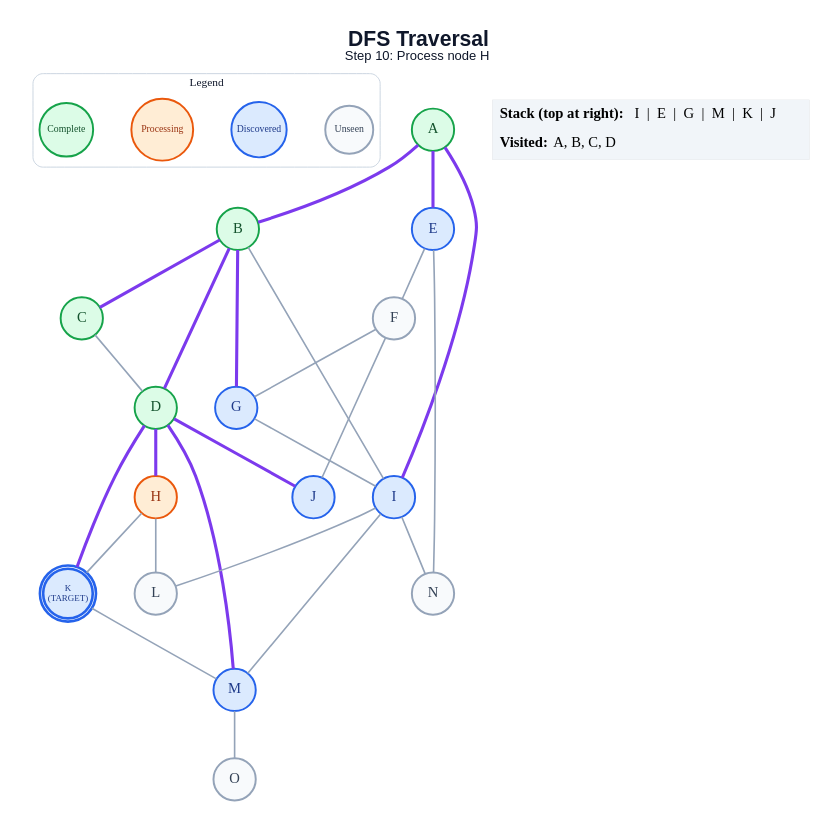
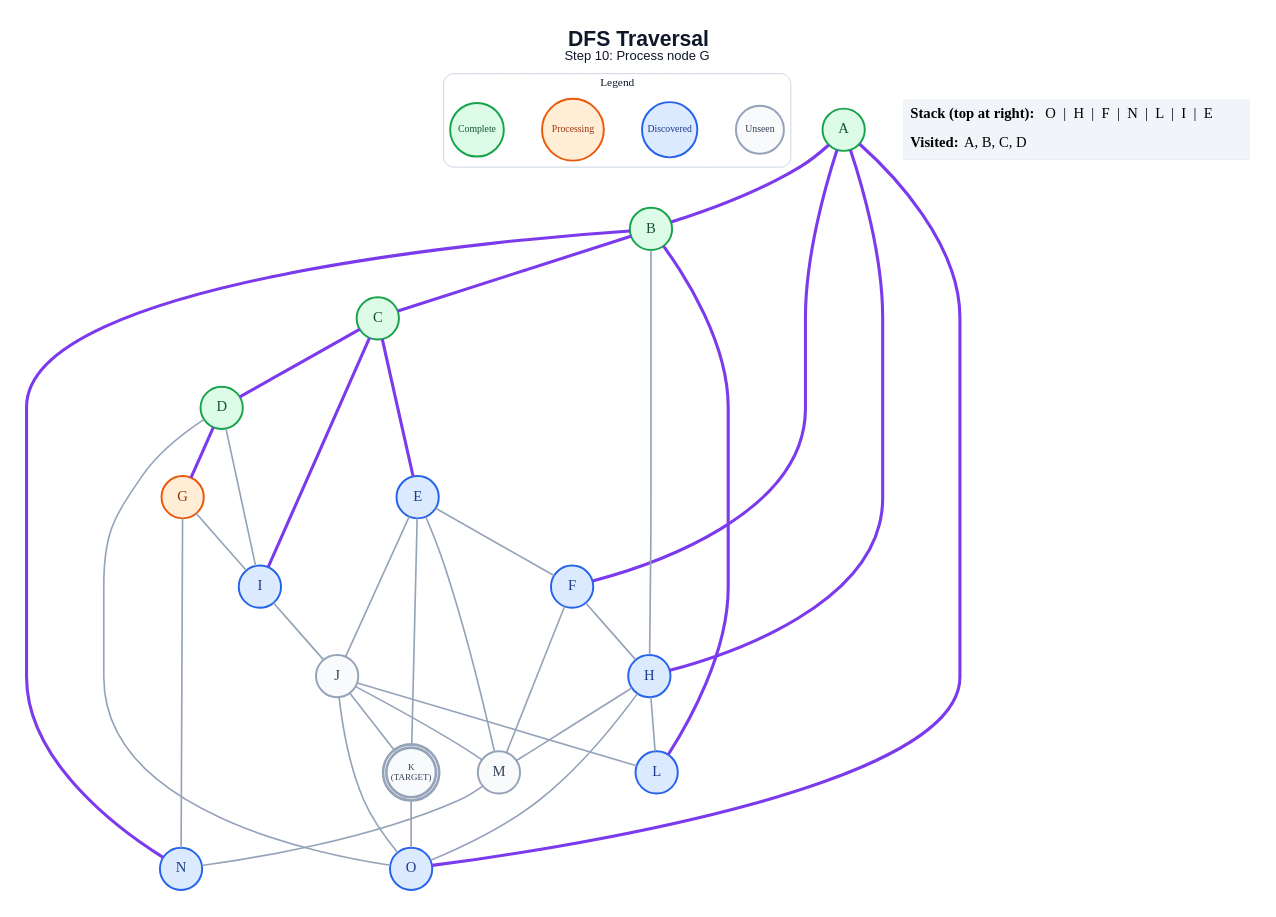
Before and after one commit to anon7238593-create/ai-slop: the diagram in generated/specific-node/dfs/step_10.dot, drawn with Graphviz. The commit also changed 269 other files, not shown here.

```diff
--- a/generated/specific-node/dfs/step_10.dot
+++ b/generated/specific-node/dfs/step_10.dot
@@ -1,58 +1,66 @@
 graph traversal {
   graph [layout=dot, rankdir=TB, bgcolor="#FFFFFF", pad="0.35", nodesep="0.65", ranksep="0.8", fontname="Arial"];
   node [shape=circle, style="filled", fontname="Arial Bold", fontsize=18, width=0.72, fixedsize=true, penwidth=2.4];
   edge [color="#94A3B8", penwidth=2.0];
-  label=<<B>DFS Traversal</B><BR/><FONT POINT-SIZE="16">Step 10: Process node H</FONT>>; labelloc="t"; fontsize=26; fontname="Arial"; fontcolor="#0F172A";
+  label=<<B>DFS Traversal</B><BR/><FONT POINT-SIZE="16">Step 10: Process node G</FONT>>; labelloc="t"; fontsize=26; fontname="Arial"; fontcolor="#0F172A";
   subgraph cluster_legend { label="Legend"; color="#CBD5E1"; penwidth=1.2; style="rounded"; fontsize=14; fontname="Arial Bold";
     key_unseen [label="Unseen", fillcolor="#F8FAFC", color="#94A3B8", fontcolor="#334155", fontsize=12, width=0.82];
     key_frontier [label="Discovered", fillcolor="#DBEAFE", color="#2563EB", fontcolor="#1E3A8A", fontsize=12, width=0.95];
     key_current [label="Processing", fillcolor="#FFEDD5", color="#EA580C", fontcolor="#9A3412", fontsize=12, width=1.05];
     key_done [label="Complete", fillcolor="#DCFCE7", color="#16A34A", fontcolor="#14532D", fontsize=12, width=0.92];
     { rank=same; key_unseen; key_frontier; key_current; key_done; }
   }
   A [label="A", fillcolor="#DCFCE7", color="#16A34A", fontcolor="#14532D", peripheries=1, penwidth=2.4];
   B [label="B", fillcolor="#DCFCE7", color="#16A34A", fontcolor="#14532D", peripheries=1, penwidth=2.4];
   C [label="C", fillcolor="#DCFCE7", color="#16A34A", fontcolor="#14532D", peripheries=1, penwidth=2.4];
   D [label="D", fillcolor="#DCFCE7", color="#16A34A", fontcolor="#14532D", peripheries=1, penwidth=2.4];
   E [label="E", fillcolor="#DBEAFE", color="#2563EB", fontcolor="#1E3A8A", peripheries=1, penwidth=2.4];
-  F [label="F", fillcolor="#F8FAFC", color="#94A3B8", fontcolor="#334155", peripheries=1, penwidth=2.4];
-  G [label="G", fillcolor="#DBEAFE", color="#2563EB", fontcolor="#1E3A8A", peripheries=1, penwidth=2.4];
-  H [label="H", fillcolor="#FFEDD5", color="#EA580C", fontcolor="#9A3412", peripheries=1, penwidth=2.4];
+  F [label="F", fillcolor="#DBEAFE", color="#2563EB", fontcolor="#1E3A8A", peripheries=1, penwidth=2.4];
+  G [label="G", fillcolor="#FFEDD5", color="#EA580C", fontcolor="#9A3412", peripheries=1, penwidth=2.4];
+  H [label="H", fillcolor="#DBEAFE", color="#2563EB", fontcolor="#1E3A8A", peripheries=1, penwidth=2.4];
   I [label="I", fillcolor="#DBEAFE", color="#2563EB", fontcolor="#1E3A8A", peripheries=1, penwidth=2.4];
-  J [label="J", fillcolor="#DBEAFE", color="#2563EB", fontcolor="#1E3A8A", peripheries=1, penwidth=2.4];
-  K [label="K\n(TARGET)", fillcolor="#DBEAFE", color="#2563EB", fontcolor="#1E3A8A", peripheries=2, penwidth=3.2, fontsize=11, width=0.85, height=0.85];
-  L [label="L", fillcolor="#F8FAFC", color="#94A3B8", fontcolor="#334155", peripheries=1, penwidth=2.4];
-  M [label="M", fillcolor="#DBEAFE", color="#2563EB", fontcolor="#1E3A8A", peripheries=1, penwidth=2.4];
-  N [label="N", fillcolor="#F8FAFC", color="#94A3B8", fontcolor="#334155", peripheries=1, penwidth=2.4];
-  O [label="O", fillcolor="#F8FAFC", color="#94A3B8", fontcolor="#334155", peripheries=1, penwidth=2.4];
+  J [label="J", fillcolor="#F8FAFC", color="#94A3B8", fontcolor="#334155", peripheries=1, penwidth=2.4];
+  K [label="K\n(TARGET)", fillcolor="#F8FAFC", color="#94A3B8", fontcolor="#334155", peripheries=2, penwidth=3.2, fontsize=11, width=0.85, height=0.85];
+  L [label="L", fillcolor="#DBEAFE", color="#2563EB", fontcolor="#1E3A8A", peripheries=1, penwidth=2.4];
+  M [label="M", fillcolor="#F8FAFC", color="#94A3B8", fontcolor="#334155", peripheries=1, penwidth=2.4];
+  N [label="N", fillcolor="#DBEAFE", color="#2563EB", fontcolor="#1E3A8A", peripheries=1, penwidth=2.4];
+  O [label="O", fillcolor="#DBEAFE", color="#2563EB", fontcolor="#1E3A8A", peripheries=1, penwidth=2.4];
   A -- B [color="#7C3AED", penwidth=3.8];
-  A -- E [color="#7C3AED", penwidth=3.8];
-  A -- I [color="#7C3AED", penwidth=3.8];
+  A -- F [color="#7C3AED", penwidth=3.8];
+  A -- H [color="#7C3AED", penwidth=3.8];
+  A -- O [color="#7C3AED", penwidth=3.8];
   B -- C [color="#7C3AED", penwidth=3.8];
-  B -- D [color="#7C3AED", penwidth=3.8];
-  B -- G [color="#7C3AED", penwidth=3.8];
-  B -- I;
-  C -- D;
-  D -- H [color="#7C3AED", penwidth=3.8];
-  D -- J [color="#7C3AED", penwidth=3.8];
-  D -- K [color="#7C3AED", penwidth=3.8];
-  D -- M [color="#7C3AED", penwidth=3.8];
+  B -- H;
+  B -- L [color="#7C3AED", penwidth=3.8];
+  B -- N [color="#7C3AED", penwidth=3.8];
+  C -- D [color="#7C3AED", penwidth=3.8];
+  C -- E [color="#7C3AED", penwidth=3.8];
+  C -- I [color="#7C3AED", penwidth=3.8];
+  D -- G [color="#7C3AED", penwidth=3.8];
+  D -- I;
+  D -- O;
   E -- F;
-  E -- N;
-  F -- G;
-  F -- J;
+  E -- J;
+  E -- K;
+  E -- M;
+  F -- H;
+  F -- M;
   G -- I;
-  H -- K;
+  G -- N;
   H -- L;
-  I -- L;
-  I -- M;
-  I -- N;
-  K -- M;
-  M -- O;
+  H -- M;
+  H -- O;
+  I -- J;
+  J -- K;
+  J -- L;
+  J -- M;
+  J -- O;
+  K -- O;
+  M -- N;
   status [shape=plain, fixedsize=false, width=0, height=0, margin=0, label=<
     <TABLE BORDER="0" CELLBORDER="0" CELLPADDING="7" BGCOLOR="#F1F5F9">
-      <TR><TD ALIGN="LEFT"><B>Stack (top at right):</B> I  |  E  |  G  |  M  |  K  |  J</TD></TR>
+      <TR><TD ALIGN="LEFT"><B>Stack (top at right):</B> O  |  H  |  F  |  N  |  L  |  I  |  E</TD></TR>
       <TR><TD ALIGN="LEFT"><B>Visited:</B> A, B, C, D</TD></TR>
     </TABLE>
   >];
 }
```
